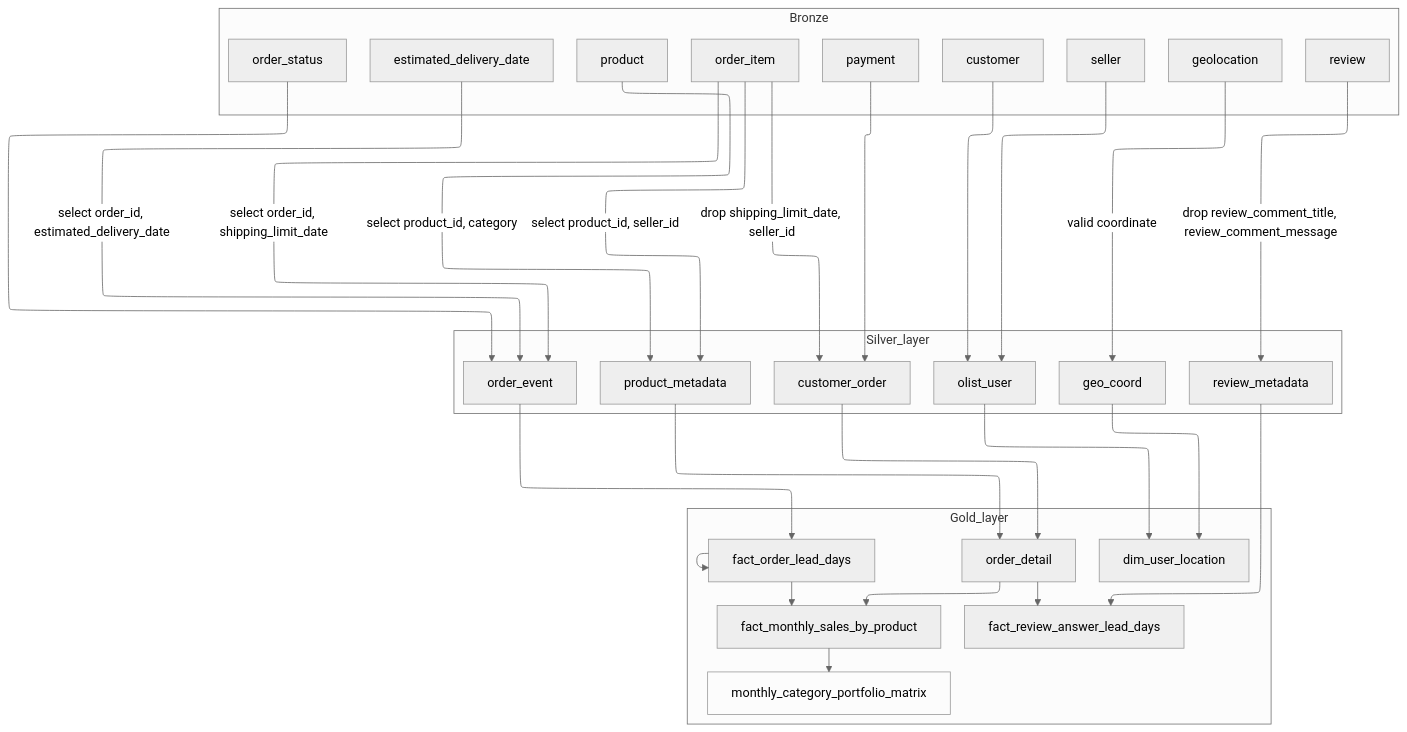
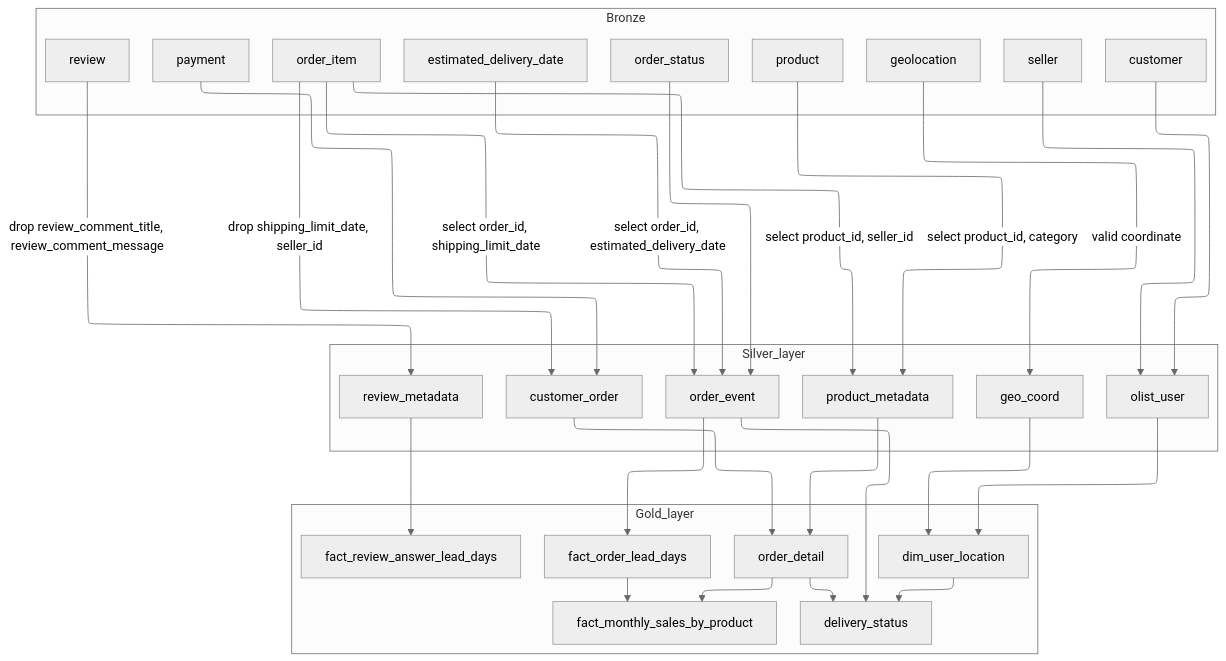
Before and after one commit to jmhwang-dev/e-commerce: the diagram in docs/pipeline.mmd, drawn with Mermaid (neutral theme).

Commit message:
fix(docs): pipeline flow

```diff
--- a/docs/pipeline.mmd
+++ b/docs/pipeline.mmd
@@ -1,54 +1,52 @@
 ---
 config:
   layout: elk
 ---
 flowchart TD
  subgraph Kafka_Topics["Bronze"]
         order_status["order_status"]
         order_item["order_item"]
         estimated_delivery_date["estimated_delivery_date"]
         product["product"]
         payment["payment"]
         customer["customer"]
         seller["seller"]
         geolocation["geolocation"]
         review["review"]
   end
  subgraph Silver_layer["Silver_layer"]
         order_event["order_event"]
         customer_order["customer_order"]
         product_metadata["product_metadata"]
         olist_user["olist_user"]
         geo_coord["geo_coord"]
         review_metadata["review_metadata"]
   end
  subgraph Gold_layer["Gold_layer"]
         fact_order_lead_days["fact_order_lead_days"]
         order_detail["order_detail"]
         dim_user_location["dim_user_location"]
         fact_monthly_sales_by_product["fact_monthly_sales_by_product"]
-        monthly_category_portfolio_matrix["monthly_category_portfolio_matrix"]
         fact_review_answer_lead_days["fact_review_answer_lead_days"]
-        fact_order_lead_days["fact_order_lead_days"]
+        delivery_status["delivery_status"]
   end
     order_status --> order_event
     order_item -- drop shipping_limit_date, seller_id --> customer_order
     order_item -- select order_id, shipping_limit_date --> order_event
     estimated_delivery_date -- select order_id, estimated_delivery_date --> order_event
     product -- select product_id, category --> product_metadata
     review -- drop review_comment_title, review_comment_message --> review_metadata
     review_metadata --> fact_review_answer_lead_days
-    order_event --> fact_order_lead_days
+    order_event --> fact_order_lead_days & delivery_status
     order_item -- select product_id, seller_id --> product_metadata
     payment --> customer_order
     product_metadata --> order_detail
     customer_order --> order_detail
-    fact_order_lead_days --> fact_order_lead_days & fact_monthly_sales_by_product
+    fact_order_lead_days --> fact_monthly_sales_by_product
     olist_user --> dim_user_location
     geo_coord --> dim_user_location
     seller --> olist_user
     customer --> olist_user
     geolocation -- valid coordinate --> geo_coord
-    fact_monthly_sales_by_product --> monthly_category_portfolio_matrix
-    order_detail --> fact_monthly_sales_by_product & fact_review_answer_lead_days
-    style monthly_category_portfolio_matrix fill:transparent
+    order_detail --> fact_monthly_sales_by_product & delivery_status
+    dim_user_location --> delivery_status
```
